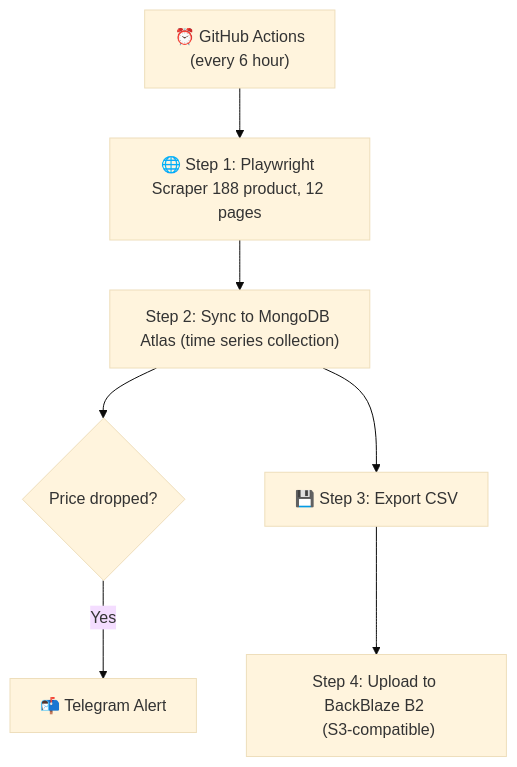
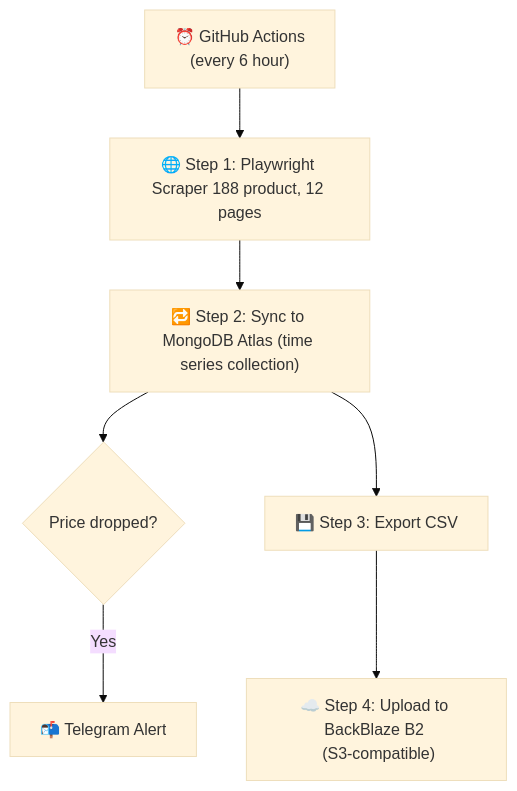
The diagram in README.md (min-naing/ts-price-watch), drawn with Mermaid (base theme) before and after one commit. The commit also changed 1 other file, not shown here.

Commit message:
refactor: add exponential backoff to retrying telegram alert

````diff
--- a/README.md
+++ b/README.md
@@ -7,8 +7,10 @@
 ```mermaid
 flowchart TD
-    A["⏰ GitHub Actions <br> (every 6 hour)"] --> B["🌐 Step 1: Playwright Scraper 188 product, 12 pages"] --> C["Step 2: Sync to MongoDB Atlas (time series collection)"]
+    A["⏰ GitHub Actions <br> (every 6 hour)"] 
+    A --> B["🌐 Step 1: Playwright Scraper 188 product, 12 pages"] 
+    B --> C["🔁 Step 2: Sync to MongoDB Atlas (time series collection)"]
     C --> D{Price dropped?}
     D --> |Yes| E["📬 Telegram Alert"]
     C --> F["💾 Step 3: Export CSV"]
-    F --> G["Step 4: Upload to BackBlaze B2 <br> (S3-compatible)"]
+    F --> G["☁️ Step 4: Upload to BackBlaze B2 <br> (S3-compatible)"]
 ```
````
